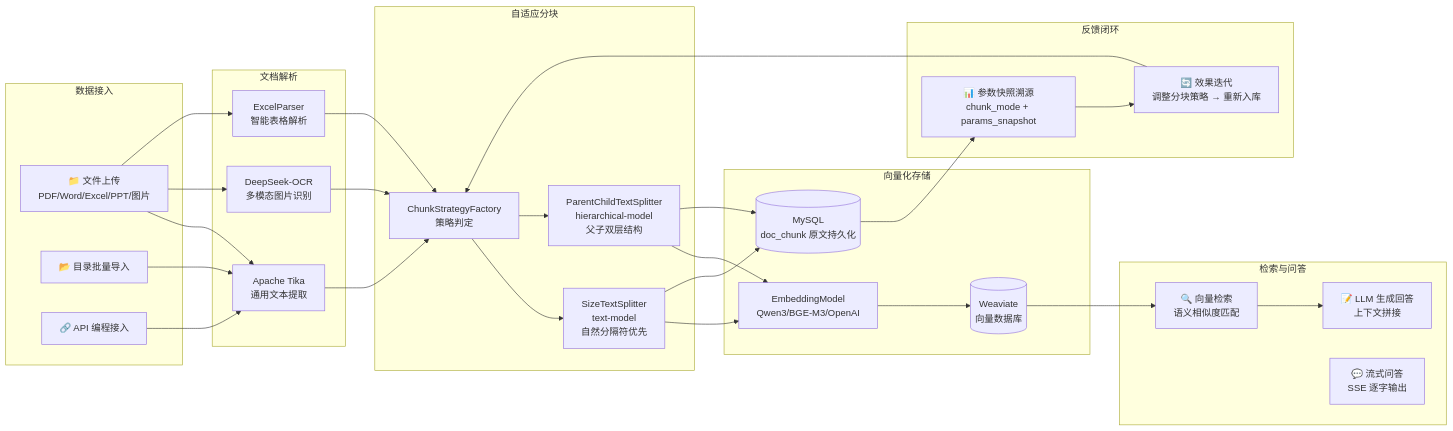
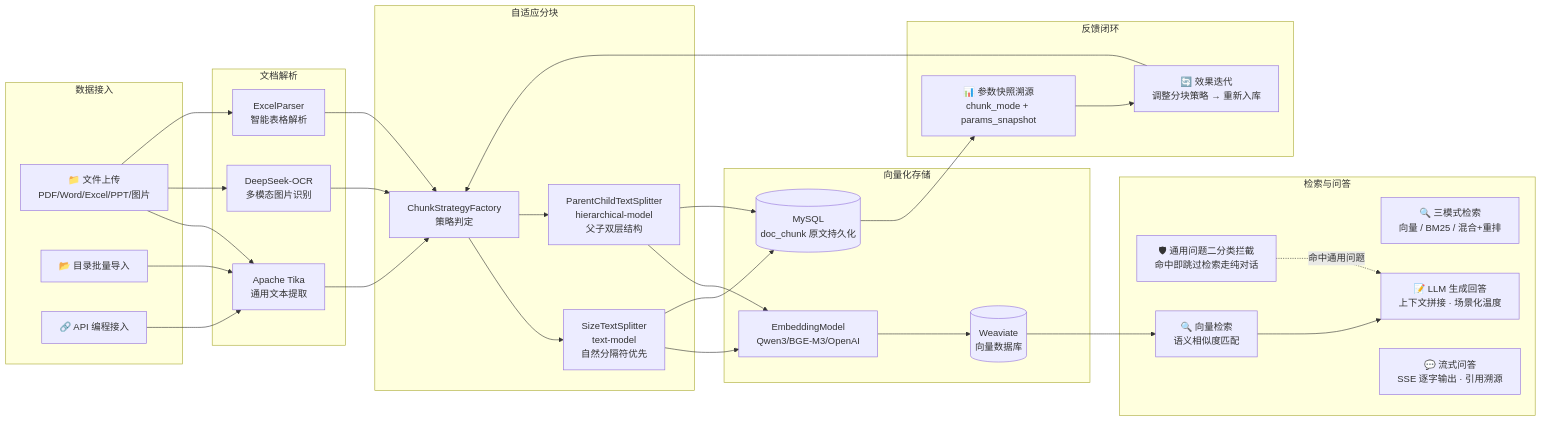
The diagram in README.md (semine1949/rag-tool), drawn with Mermaid before and after one commit. The commit also changed other lines of this file and 12 other files, not shown here.

````diff
--- a/README.md
+++ b/README.md
@@ -60,58 +67,61 @@
 ```mermaid
 flowchart LR
     subgraph 数据接入
         A[📁 文件上传<br/>PDF/Word/Excel/PPT/图片]
         B[📂 目录批量导入]
         C[🔗 API 编程接入]
     end
 
     subgraph 文档解析
         D[Apache Tika<br/>通用文本提取]
         E[DeepSeek-OCR<br/>多模态图片识别]
         F[ExcelParser<br/>智能表格解析]
     end
 
     subgraph 自适应分块
         G[ChunkStrategyFactory<br/>策略判定]
         H[SizeTextSplitter<br/>text-model<br/>自然分隔符优先]
         I[ParentChildTextSplitter<br/>hierarchical-model<br/>父子双层结构]
     end
 
     subgraph 向量化存储
         J[EmbeddingModel<br/>Qwen3/BGE-M3/OpenAI]
         K[(Weaviate<br/>向量数据库)]
         L[(MySQL<br/>doc_chunk 原文持久化)]
     end
 
     subgraph 检索与问答
+        R[🛡 通用问题二分类拦截<br/>命中即跳过检索走纯对话]
+        S[🔍 三模式检索<br/>向量 / BM25 / 混合+重排]
         M[🔍 向量检索<br/>语义相似度匹配]
-        N[📝 LLM 生成回答<br/>上下文拼接]
-        Q[💬 流式问答<br/>SSE 逐字输出]
+        N[📝 LLM 生成回答<br/>上下文拼接 · 场景化温度]
+        Q[💬 流式问答<br/>SSE 逐字输出 · 引用溯源]
     end
 
     subgraph 反馈闭环
         O[📊 参数快照溯源<br/>chunk_mode + params_snapshot]
         P[🔄 效果迭代<br/>调整分块策略 → 重新入库]
     end
 
     A --> D
     A --> E
     A --> F
     B --> D
     C --> D
     D --> G
     E --> G
     F --> G
     G --> H
     G --> I
     H --> J
     I --> J
     J --> K
     H --> L
     I --> L
     K --> M
     M --> N
+    R -. 命中通用问题 .-> N
     L --> O
     O --> P
     P --> G
 ```
````
